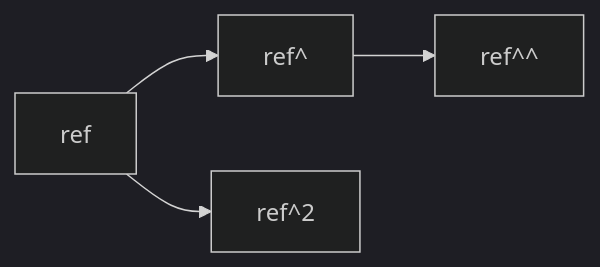
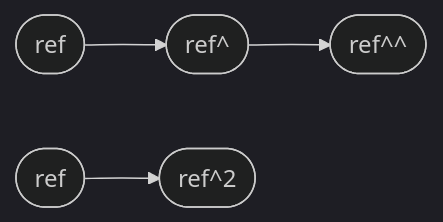
Before and after one commit to hpc2n/course-intro-git: the fifth of 11 diagrams in docs/commits.md, drawn with Mermaid (dark theme). The commit also changed other lines of this file, not shown here.

````diff
--- a/docs/commits.md
+++ b/docs/commits.md
@@ -669,6 +669,6 @@
 ```mermaid
 graph LR
-  ref["ref"] --> refhat["ref^"]
-  ref["ref"] --> refhat2["ref^2"]
-  refhat["ref^"] --> refhathat["ref^^"]
+  refi(["ref"]) --> refhat(["ref^"])
+  ref(["ref"]) --> refhat2(["ref^2"])
+  refhat(["ref^"]) --> refhathat(["ref^^"])
 ```
````
